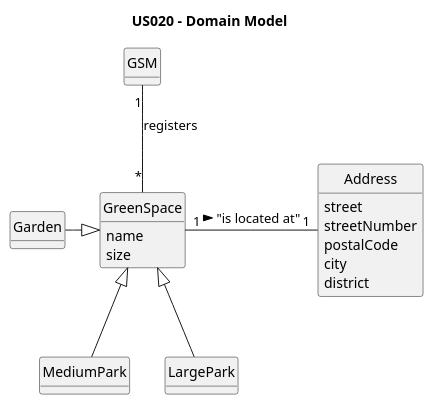
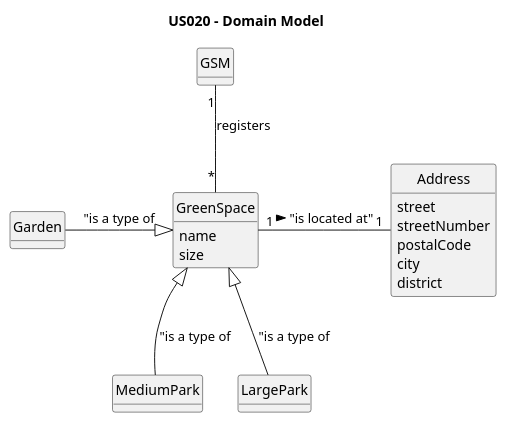
The diagram in docs/SprintC/us020/02.analysis/puml/us020-domain-model.puml (Rui-San/LAPR2_2023_2024), drawn with PlantUML before and after one commit.

Commit message:
US20: Domain

```diff
--- a/docs/SprintC/us020/02.analysis/puml/us020-domain-model.puml
+++ b/docs/SprintC/us020/02.analysis/puml/us020-domain-model.puml
@@ -1,45 +1,45 @@
 @startuml
 skinparam monochrome true
 skinparam packageStyle rectangle
 skinparam shadowing false
 
 skinparam classAttributeIconSize 0
 
 hide circle
 hide methods
 
 title US020 - Domain Model
 
 
 class GreenSpace {
   name
   size
 }
 
 class Garden {
 
 }
 
 class MediumPark {
 
 }
 
 class LargePark {
 
 }
 
 class Address{
     street
     streetNumber
     postalCode
     city
     district
 }
 
 GSM "1" -d- "*" GreenSpace : "registers"
 GreenSpace "1" --r "1" Address : "is located at" >
-Garden --r|> GreenSpace
-MediumPark --u|> GreenSpace
-LargePark --u|> GreenSpace
+Garden --r|> GreenSpace : "is a type of
+MediumPark --u|> GreenSpace : "is a type of
+LargePark --u|> GreenSpace : "is a type of
 
 @enduml
```
